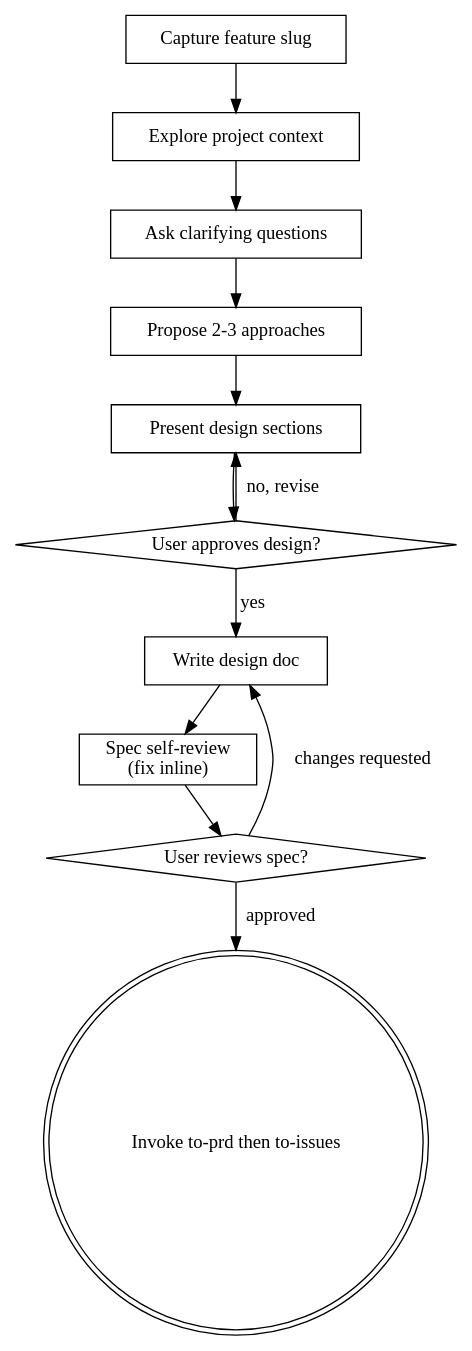
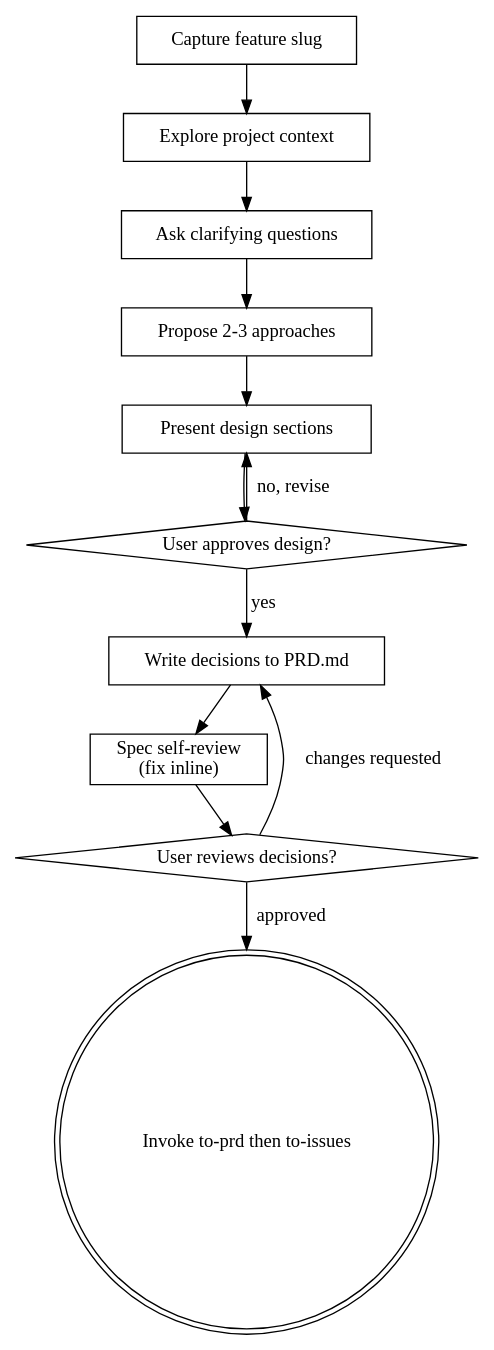
The diagram in skills/crew-brainstorm/SKILL.md (ypxing/coding-crew), drawn with Graphviz before and after one commit. The commit also changed other lines of this file and 16 other files, not shown here.

Commit message:
update skills, agents, install scripts, and README diagram

````diff
--- a/skills/crew-brainstorm/SKILL.md
+++ b/skills/crew-brainstorm/SKILL.md
@@ -47,26 +47,26 @@
 ```dot
 digraph brainstorming {
     "Capture feature slug" [shape=box];
     "Explore project context" [shape=box];
     "Ask clarifying questions" [shape=box];
     "Propose 2-3 approaches" [shape=box];
     "Present design sections" [shape=box];
     "User approves design?" [shape=diamond];
-    "Write design doc" [shape=box];
+    "Write decisions to PRD.md" [shape=box];
     "Spec self-review\n(fix inline)" [shape=box];
-    "User reviews spec?" [shape=diamond];
+    "User reviews decisions?" [shape=diamond];
     "Invoke to-prd then to-issues" [shape=doublecircle];
 
     "Capture feature slug" -> "Explore project context";
     "Explore project context" -> "Ask clarifying questions";
     "Ask clarifying questions" -> "Propose 2-3 approaches";
     "Propose 2-3 approaches" -> "Present design sections";
     "Present design sections" -> "User approves design?";
     "User approves design?" -> "Present design sections" [label="no, revise"];
-    "User approves design?" -> "Write design doc" [label="yes"];
-    "Write design doc" -> "Spec self-review\n(fix inline)";
-    "Spec self-review\n(fix inline)" -> "User reviews spec?";
-    "User reviews spec?" -> "Write design doc" [label="changes requested"];
-    "User reviews spec?" -> "Invoke to-prd then to-issues" [label="approved"];
+    "User approves design?" -> "Write decisions to PRD.md" [label="yes"];
+    "Write decisions to PRD.md" -> "Spec self-review\n(fix inline)";
+    "Spec self-review\n(fix inline)" -> "User reviews decisions?";
+    "User reviews decisions?" -> "Write decisions to PRD.md" [label="changes requested"];
+    "User reviews decisions?" -> "Invoke to-prd then to-issues" [label="approved"];
 }
 ```
````
